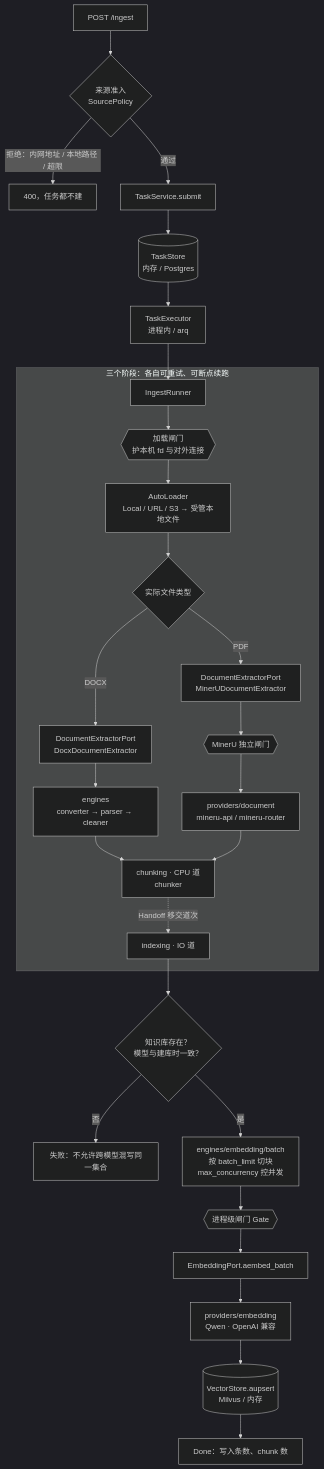
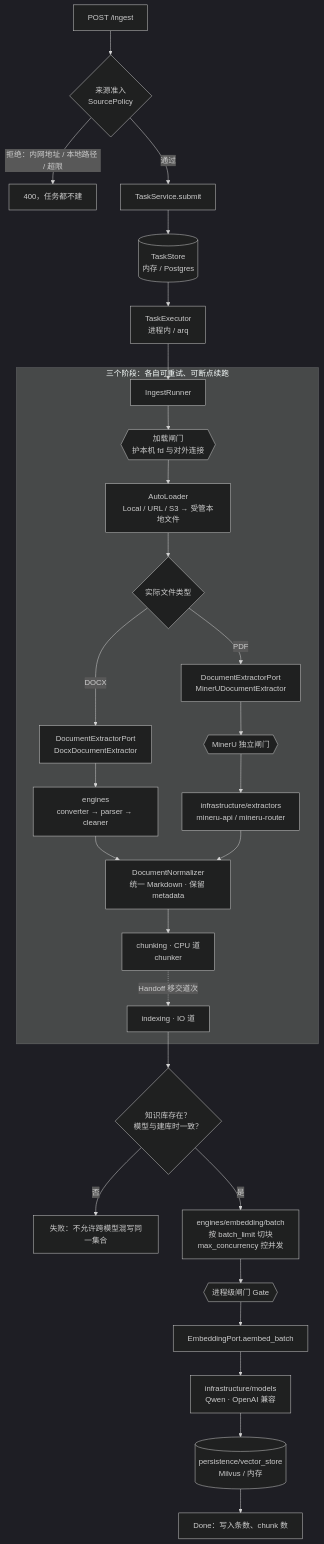
One commit to comet-7x/comet-rag changed the second of 3 diagrams in docs/structure.md. Above: the diagram before and after it, drawn with Mermaid (dark theme). The commit also changed other lines of this file and 211 other files, not shown here.

First line of the commit message:
refactor(architecture): 统一仓库目录与文档处理边界 (#56)

````diff
--- a/docs/structure.md
+++ b/docs/structure.md
@@ -144,32 +122,33 @@
 ```mermaid
 flowchart TD
     A["POST /ingest"] --> P{"来源准入<br/>SourcePolicy"}
     P -->|"拒绝：内网地址 / 本地路径 / 超限"| PX["400，任务都不建"]
     P -->|通过| B["TaskService.submit"]
     B --> C[("TaskStore<br/>内存 / Postgres")]
     C --> D["TaskExecutor<br/>进程内 / arq"]
     D --> E["IngestRunner"]
 
     subgraph ST["三个阶段：各自可重试、可断点续跑"]
         E --> LG{{"加载闸门<br/>护本机 fd 与对外连接"}}
         LG --> F["AutoLoader<br/>Local / URL / S3 → 受管本地文件"]
         F --> T{"实际文件类型"}
         T -->|DOCX| DX["DocumentExtractorPort<br/>DocxDocumentExtractor"]
         T -->|PDF| DP["DocumentExtractorPort<br/>MinerUDocumentExtractor"]
         DX --> DOCX["engines<br/>converter → parser → cleaner"]
         DP --> MG{{"MinerU 独立闸门"}}
-        MG --> MU["providers/document<br/>mineru-api / mineru-router"]
-        DOCX --> G["chunking · CPU 道<br/>chunker"]
-        MU --> G
+        MG --> MU["infrastructure/extractors<br/>mineru-api / mineru-router"]
+        DOCX --> N["DocumentNormalizer<br/>统一 Markdown · 保留 metadata"]
+        MU --> N
+        N --> G["chunking · CPU 道<br/>chunker"]
         G -.->|"Handoff 移交道次"| H["indexing · IO 道"]
     end
 
     H --> KB{"知识库存在？<br/>模型与建库时一致？"}
     KB -->|否| KBX["失败：不允许跨模型混写同一集合"]
     KB -->|是| I["engines/embedding/batch<br/>按 batch_limit 切块<br/>max_concurrency 控并发"]
     I --> GATE{{"进程级闸门 Gate"}}
     GATE --> J["EmbeddingPort.aembed_batch"]
-    J --> K["providers/embedding<br/>Qwen · OpenAI 兼容"]
-    K --> L[("VectorStore.aupsert<br/>Milvus / 内存")]
+    J --> K["infrastructure/models<br/>Qwen · OpenAI 兼容"]
+    K --> L[("persistence/vector_store<br/>Milvus / 内存")]
     L --> M["Done：写入条数、chunk 数"]
 ```
````
